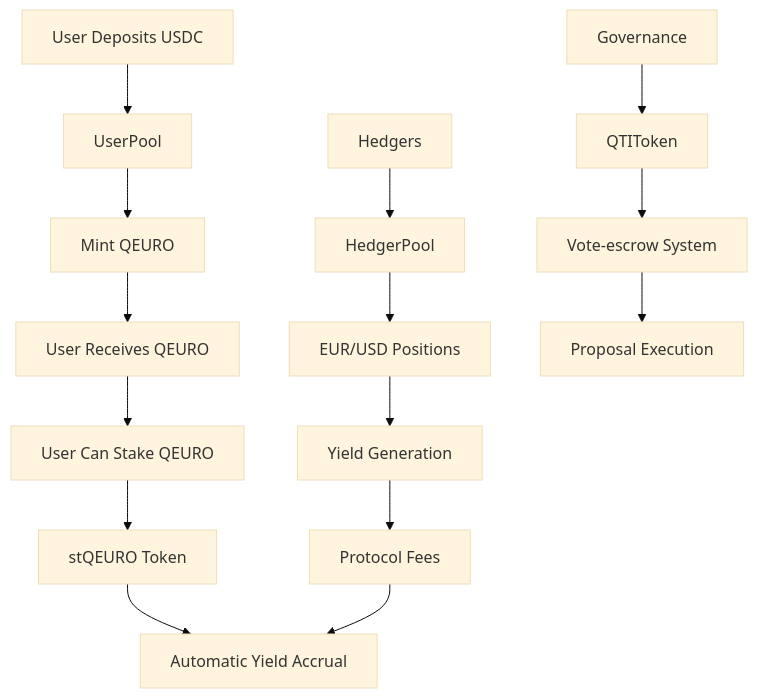
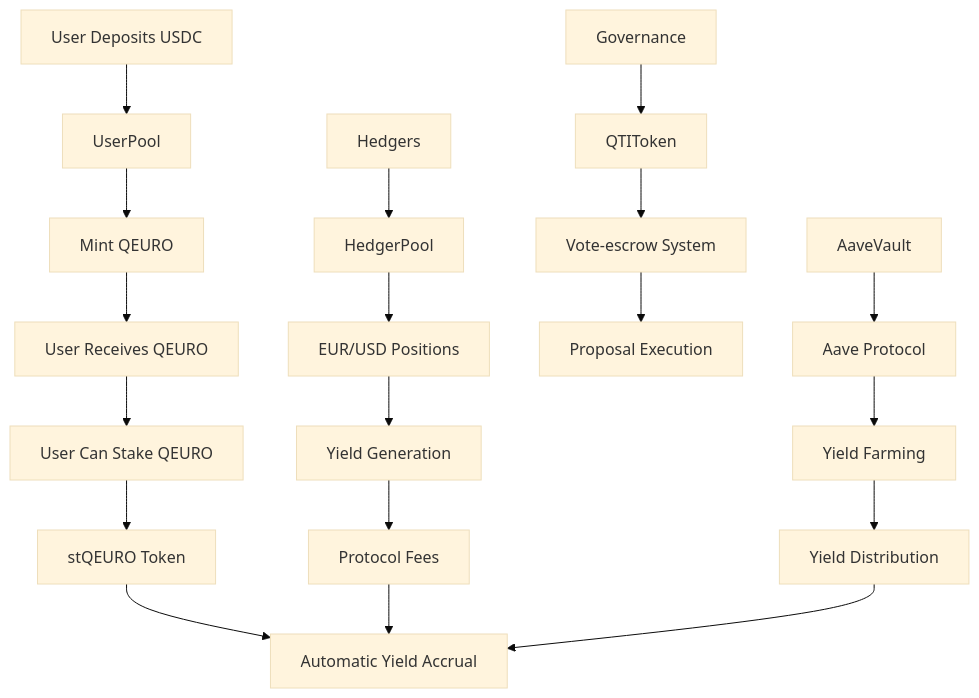
The diagram in quantillon-protocol/README.md (Quantillon-Labs/smart-contracts), drawn with Mermaid (base theme) before and after one commit. The commit also changed other lines of this file and 5 other files, not shown here.

````diff
--- a/quantillon-protocol/README.md
+++ b/quantillon-protocol/README.md
@@ -37,19 +44,24 @@
 ```mermaid
 graph TD
     A[User Deposits USDC] --> B[UserPool]
     B --> C[Mint QEURO]
     C --> D[User Receives QEURO]
     D --> E[User Can Stake QEURO]
     E --> F[stQEURO Token]
     F --> G[Automatic Yield Accrual]
     
     H[Hedgers] --> I[HedgerPool]
     I --> J[EUR/USD Positions]
     J --> K[Yield Generation]
     K --> L[Protocol Fees]
     L --> G
     
     M[Governance] --> N[QTIToken]
     N --> O[Vote-escrow System]
     O --> P[Proposal Execution]
+    
+    Q[AaveVault] --> R[Aave Protocol]
+    R --> S[Yield Farming]
+    S --> T[Yield Distribution]
+    T --> G
 ```
````
